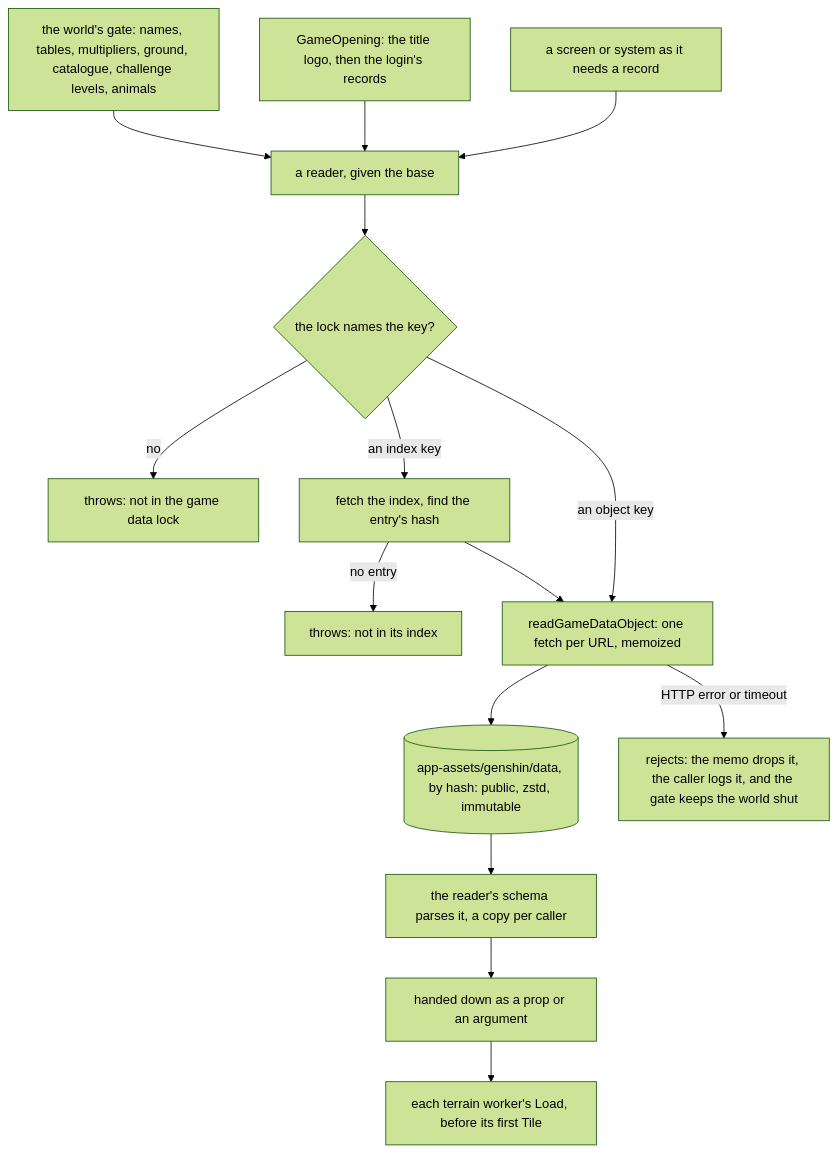
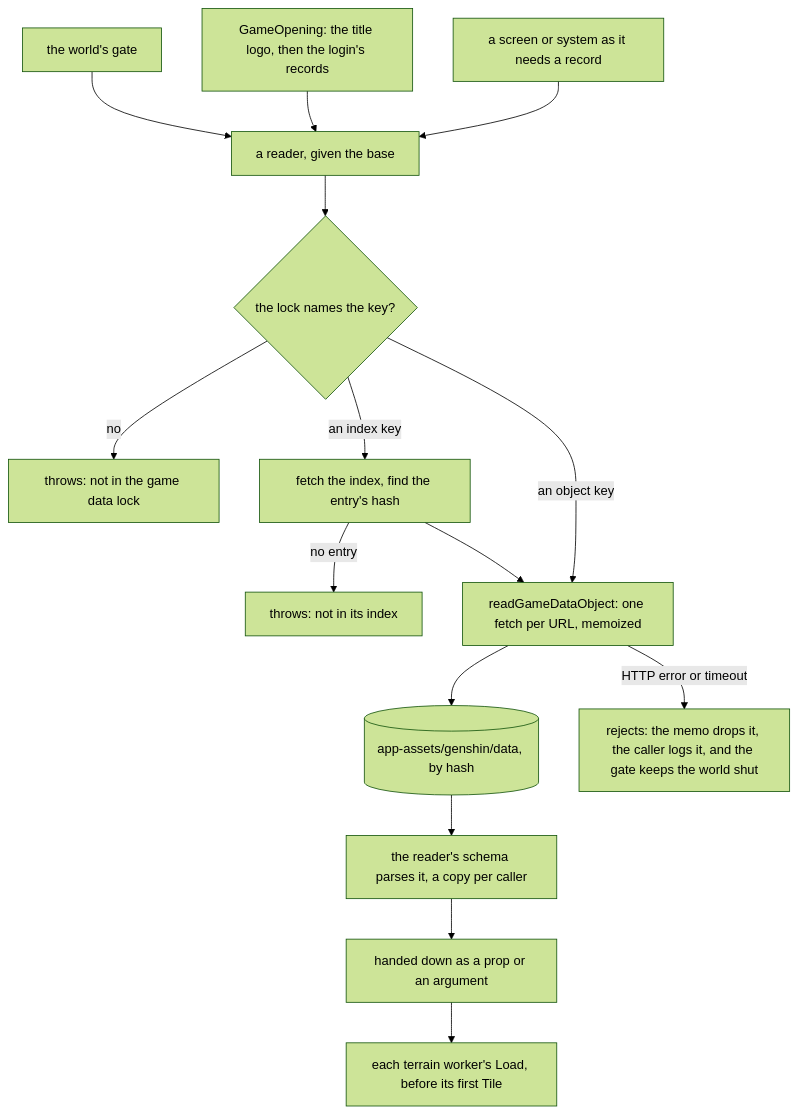
Before and after one commit to Esposter/Esposter: the second of 5 diagrams in openspec/specs/genshin/hosted-game-data/design.md, drawn with Mermaid (forest theme). The commit also changed other lines of this file and 6 other files, not shown here.

````diff
--- a/openspec/specs/genshin/hosted-game-data/design.md
+++ b/openspec/specs/genshin/hosted-game-data/design.md
@@ -121,17 +121,17 @@
 ```mermaid
 flowchart TD
-  Gate["the world's gate: names, tables, multipliers, ground, catalogue, challenge levels, animals"] --> Reader
+  Gate["the world's gate"] --> Reader
   Opening["GameOpening: the title logo, then the login's records"] --> Reader
   Screen["a screen or system as it needs a record"] --> Reader
   Reader["a reader, given the base"] --> Lock{"the lock names the key?"}
   Lock -->|no| Unlocked["throws: not in the game data lock"]
   Lock -->|"an index key"| Index["fetch the index, find the entry's hash"]
   Index -->|"no entry"| Missing["throws: not in its index"]
   Index --> Fetch
   Lock -->|"an object key"| Fetch["readGameDataObject: one fetch per URL, memoized"]
-  Fetch --> Blob[("app-assets/genshin/data, by hash: public, zstd, immutable")]
+  Fetch --> Blob[("app-assets/genshin/data, by hash")]
   Blob --> Schema["the reader's schema parses it, a copy per caller"]
   Schema --> Down["handed down as a prop or an argument"]
   Down --> Worker["each terrain worker's Load, before its first Tile"]
   Fetch -->|"HTTP error or timeout"| Failure["rejects: the memo drops it, the caller logs it, and the gate keeps the world shut"]
 ```
````
